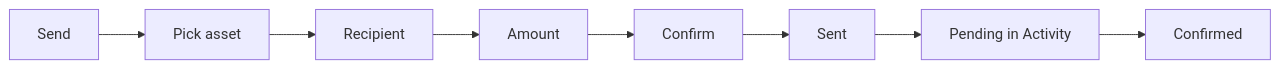
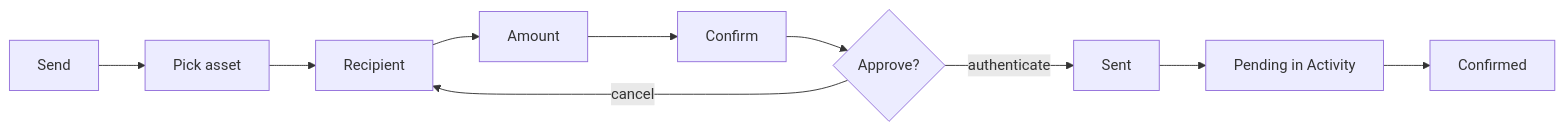
The first of 2 diagrams in docs/product/transfer.md (gemwalletcom/wallet), drawn with Mermaid before and after one commit. The commit also changed other lines of this file and 10 other files, not shown here.

Commit message:
Extend the product diagrams with the decline, reject and failure branches

````diff
--- a/docs/product/transfer.md
+++ b/docs/product/transfer.md
@@ -7,4 +7,6 @@
 ```mermaid
 flowchart LR
-    A[Send] --> B[Pick asset] --> C[Recipient] --> D[Amount] --> E[Confirm] --> F[Sent] --> G[Pending in Activity] --> H[Confirmed]
+    A[Send] --> B[Pick asset] --> C[Recipient] --> D[Amount] --> E[Confirm] --> F{Approve?}
+    F -- authenticate --> G[Sent] --> H[Pending in Activity] --> I[Confirmed]
+    F -- cancel --> C
 ```
````
